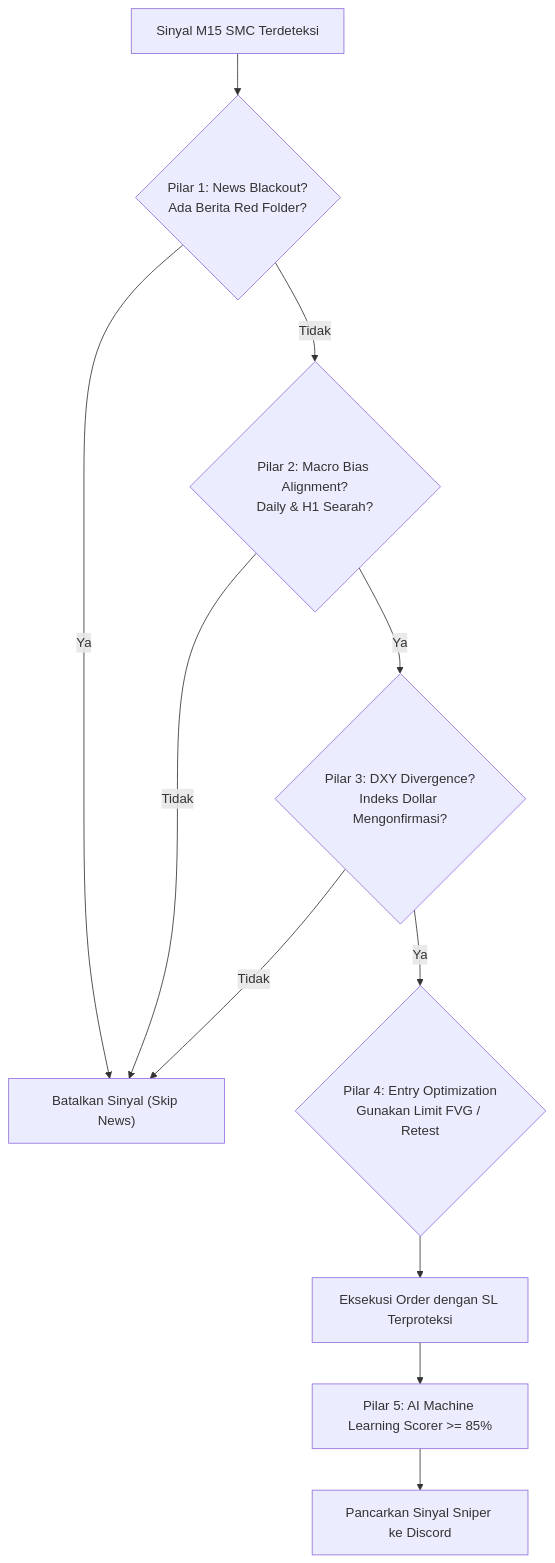
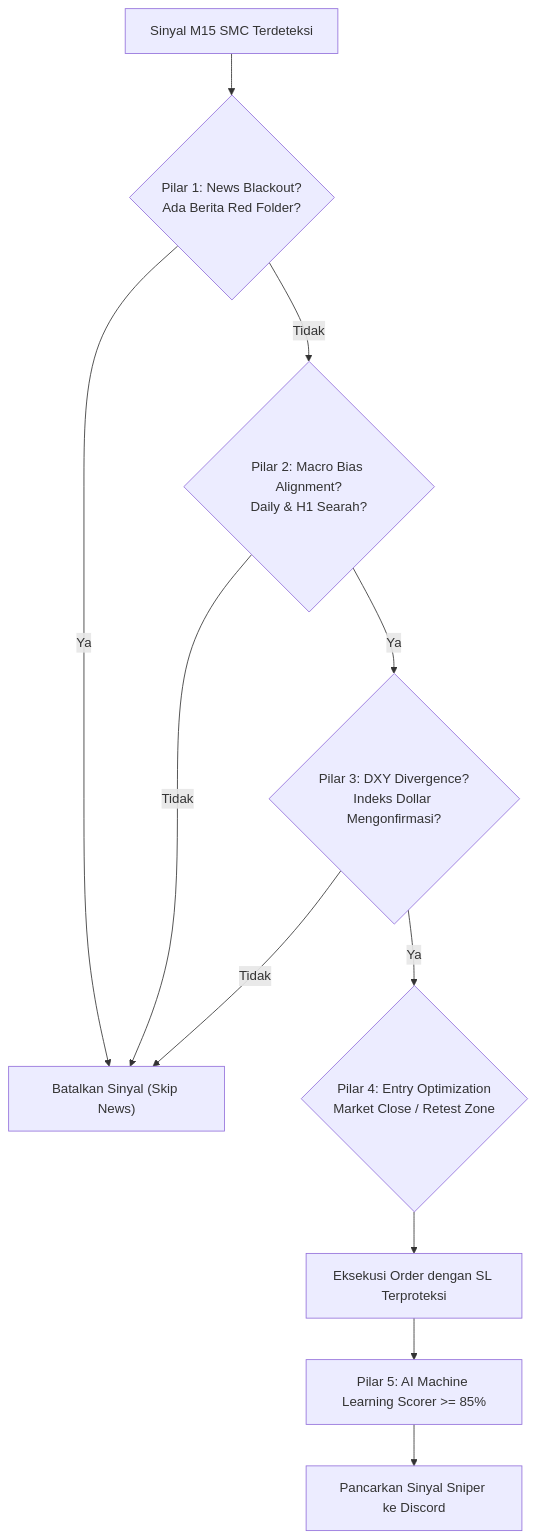
One commit to TakatouValencia/xauusd-ai-trading-signal changed the diagram in README.md. Above: the diagram before and after it, drawn with Mermaid. The commit also changed other lines of this file and 10 other files, not shown here.

````diff
--- a/README.md
+++ b/README.md
@@ -25,13 +27,13 @@
 ```mermaid
 graph TD
     A["Sinyal M15 SMC Terdeteksi"] --> B{"Pilar 1: News Blackout?<br/>Ada Berita Red Folder?"}
     B -->|Ya| Z["Batalkan Sinyal (Skip News)"]
     B -->|Tidak| C{"Pilar 2: Macro Bias Alignment?<br/>Daily & H1 Searah?"}
     C -->|Tidak| Z
     C -->|Ya| D{"Pilar 3: DXY Divergence?<br/>Indeks Dollar Mengonfirmasi?"}
     D -->|Tidak| Z
-    D -->|Ya| E{"Pilar 4: Entry Optimization<br/>Gunakan Limit FVG / Retest"}
+    D -->|Ya| E{"Pilar 4: Entry Optimization<br/>Market Close / Retest Zone"}
     E --> F["Eksekusi Order dengan SL Terproteksi"]
     F --> G["Pilar 5: AI Machine Learning Scorer >= 85%"]
     G --> H["Pancarkan Sinyal Sniper ke Discord"]
 ```
````
